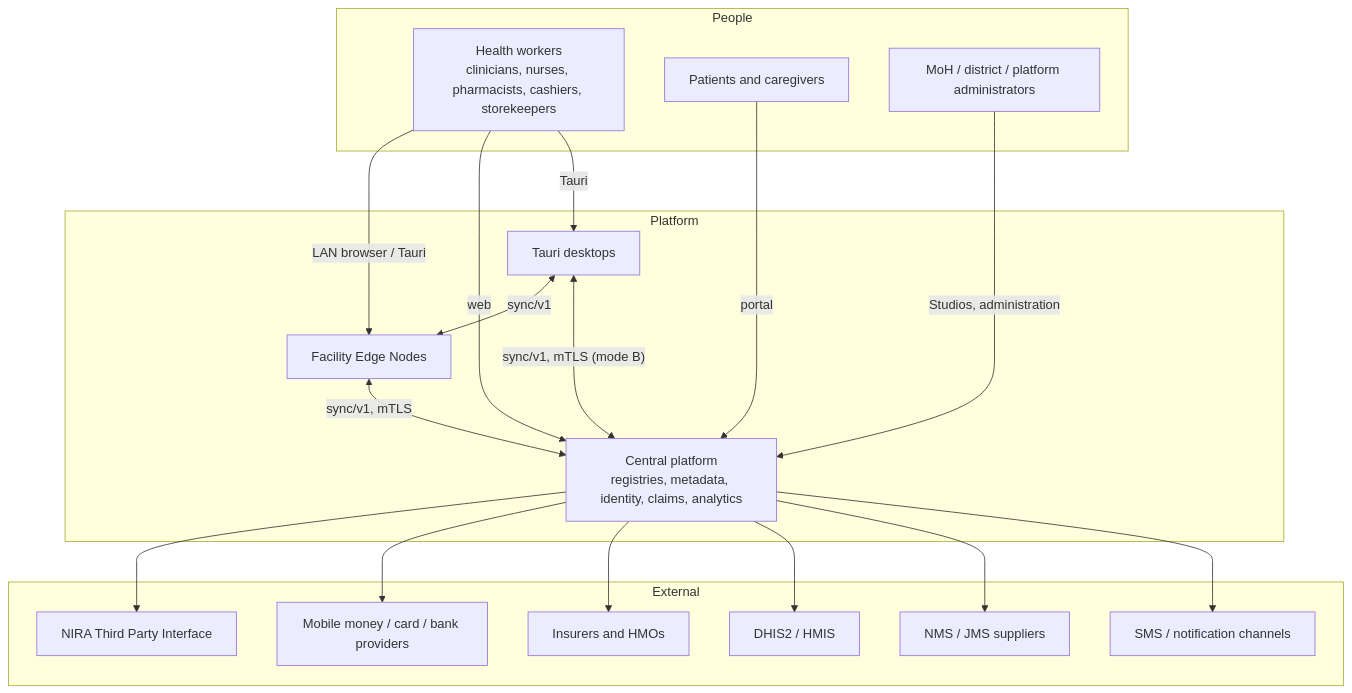
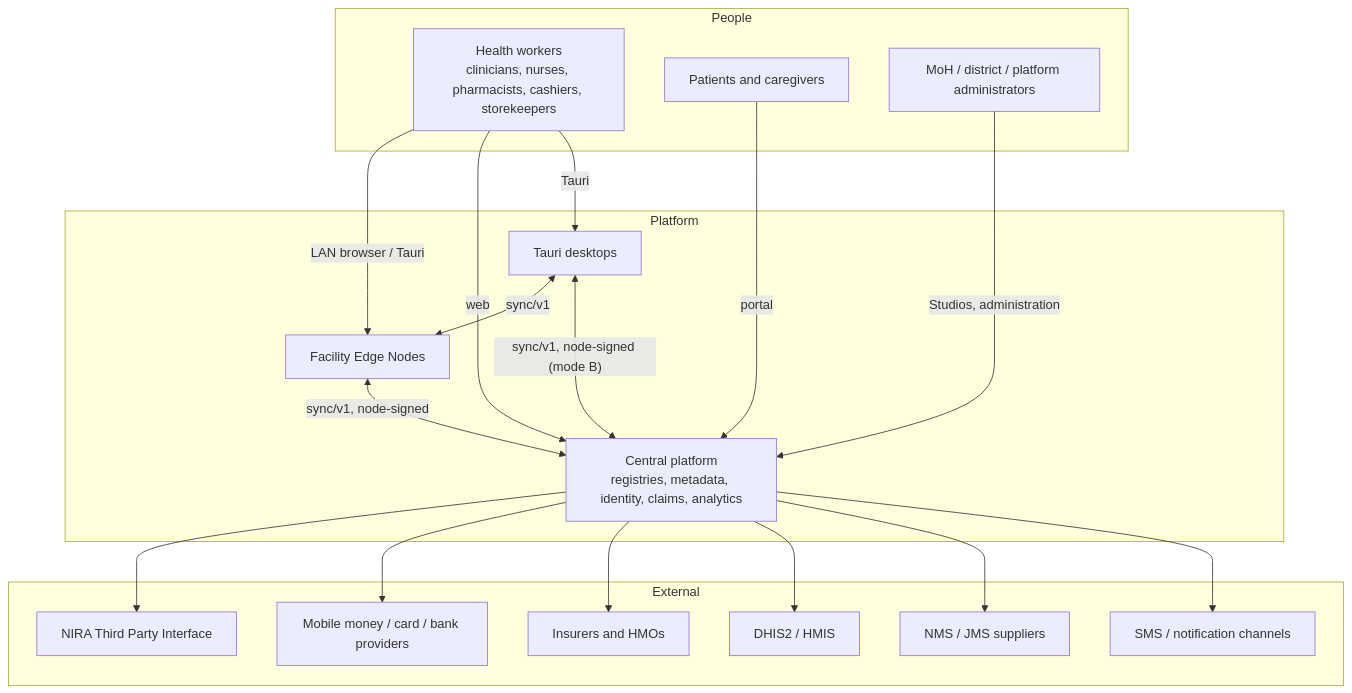
One commit to carapai/people-centered-healthcare changed the diagram in docs/architecture/overview.md. Above: the diagram before and after it, drawn with Mermaid. The commit also changed other lines of this file and 34 other files, not shown here.

First line of the commit message:
feat(sync): /sync/v1 at central and the edge's sync task, node-signed requests (ADR 0062, #81) (#366)

````diff
--- a/docs/architecture/overview.md
+++ b/docs/architecture/overview.md
@@ -17,30 +17,30 @@
 ```mermaid
 flowchart TB
   subgraph People
     STAFF[Health workers<br/>clinicians, nurses, pharmacists, cashiers, storekeepers]
     PAT[Patients and caregivers]
     ADM[MoH / district / platform administrators]
   end
   subgraph Platform
     C[Central platform<br/>registries, metadata, identity, claims, analytics]
     E[Facility Edge Nodes]
     D[Tauri desktops]
   end
   subgraph External
     NIRA[NIRA Third Party Interface]
     MOMO[Mobile money / card / bank providers]
     PAYER[Insurers and HMOs]
     DHIS2[DHIS2 / HMIS]
     SUP[NMS / JMS suppliers]
     SMS[SMS / notification channels]
   end
   STAFF -- LAN browser / Tauri --> E
   STAFF -- web --> C
   STAFF -- Tauri --> D
   PAT -- portal --> C
   ADM -- Studios, administration --> C
-  E <-- sync/v1, mTLS --> C
+  E <-- sync/v1, node-signed --> C
   D <-- sync/v1 --> E
-  D <-- sync/v1, mTLS (mode B) --> C
+  D <-- sync/v1, node-signed (mode B) --> C
   C --> NIRA & MOMO & PAYER & DHIS2 & SUP & SMS
 ```
````
